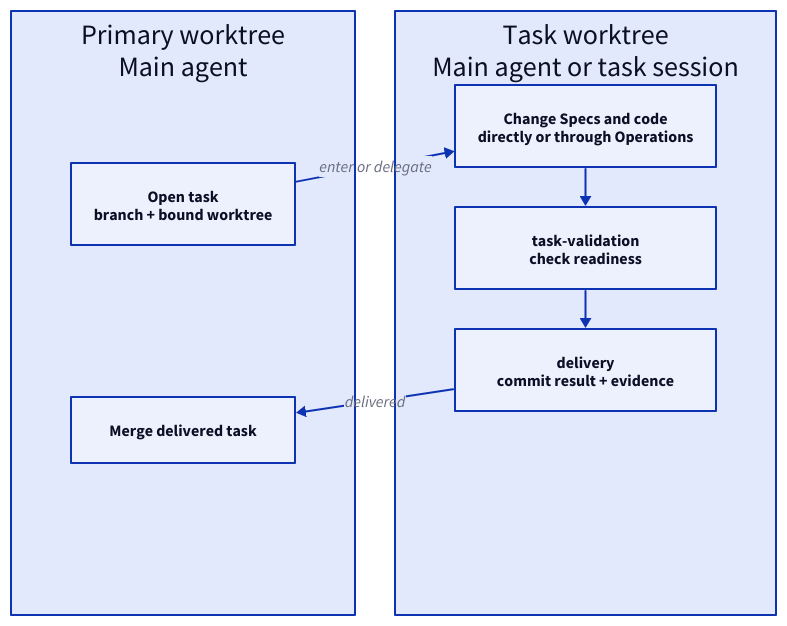
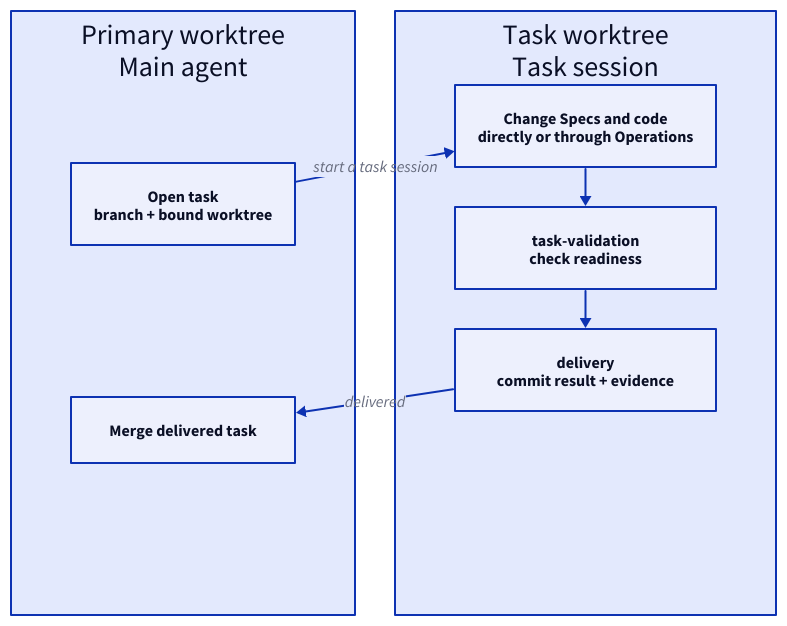
Before and after one commit to FTOD/concorde: the first of 6 diagrams in specs/concorde/module.md, drawn with D2. The commit also changed other lines of this file and 9 other files, not shown here.

First line of the commit message:
Coordination Specs: the task level is always a task session; decisions are asked from the main session

````diff
--- a/specs/concorde/module.md
+++ b/specs/concorde/module.md
@@ -59,18 +65,18 @@
 ```d2 illustrative
 grid-rows: 1
 primary: "Primary worktree\nMain agent" {
   grid-columns: 1
   vertical-gap: 152
   open: "Open task\nbranch + bound worktree"
   merge: "Merge delivered task"
 }
-task: "Task worktree\nMain agent or task session" {
+task: "Task worktree\nTask session" {
   grid-columns: 1
   work: "Change Specs and code\ndirectly or through Operations"
   validate: "task-validation\ncheck readiness"
   deliver: "delivery\ncommit result + evidence"
   work -> validate -> deliver
 }
-primary.open -> task.work: enter or delegate
+primary.open -> task.work: start a task session
 task.deliver -> primary.merge: delivered
 ```
````
